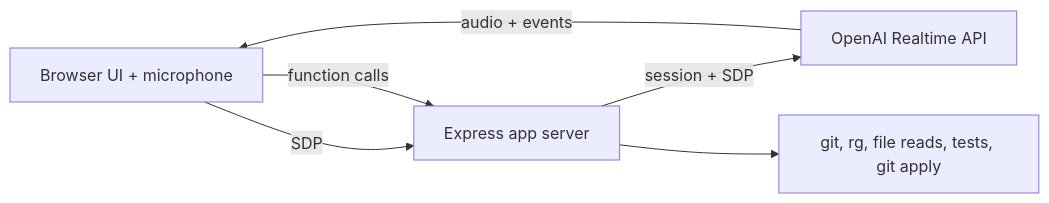
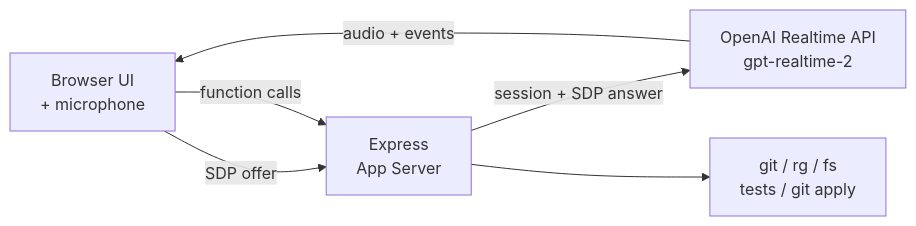
One commit to ethannjw/voice-assistant changed the diagram in README.md. Above: the diagram before and after it, drawn with Mermaid. The commit also changed other lines of this file, not shown here.

````diff
--- a/README.md
+++ b/README.md
@@ -71,8 +238,8 @@
 ```mermaid
 flowchart LR
-  Browser["Browser UI + microphone"] -->|SDP| Server["Express app server"]
-  Server -->|session + SDP| Realtime["OpenAI Realtime API"]
+  Browser["Browser UI<br/>+ microphone"] -->|SDP offer| Server["Express<br/>App Server"]
+  Server -->|session + SDP answer| Realtime["OpenAI Realtime API<br/>gpt-realtime-2"]
   Realtime -->|audio + events| Browser
   Browser -->|function calls| Server
-  Server --> Tools["git, rg, file reads, tests, git apply"]
+  Server --> Tools["git / rg / fs<br/>tests / git apply"]
 ```
````
